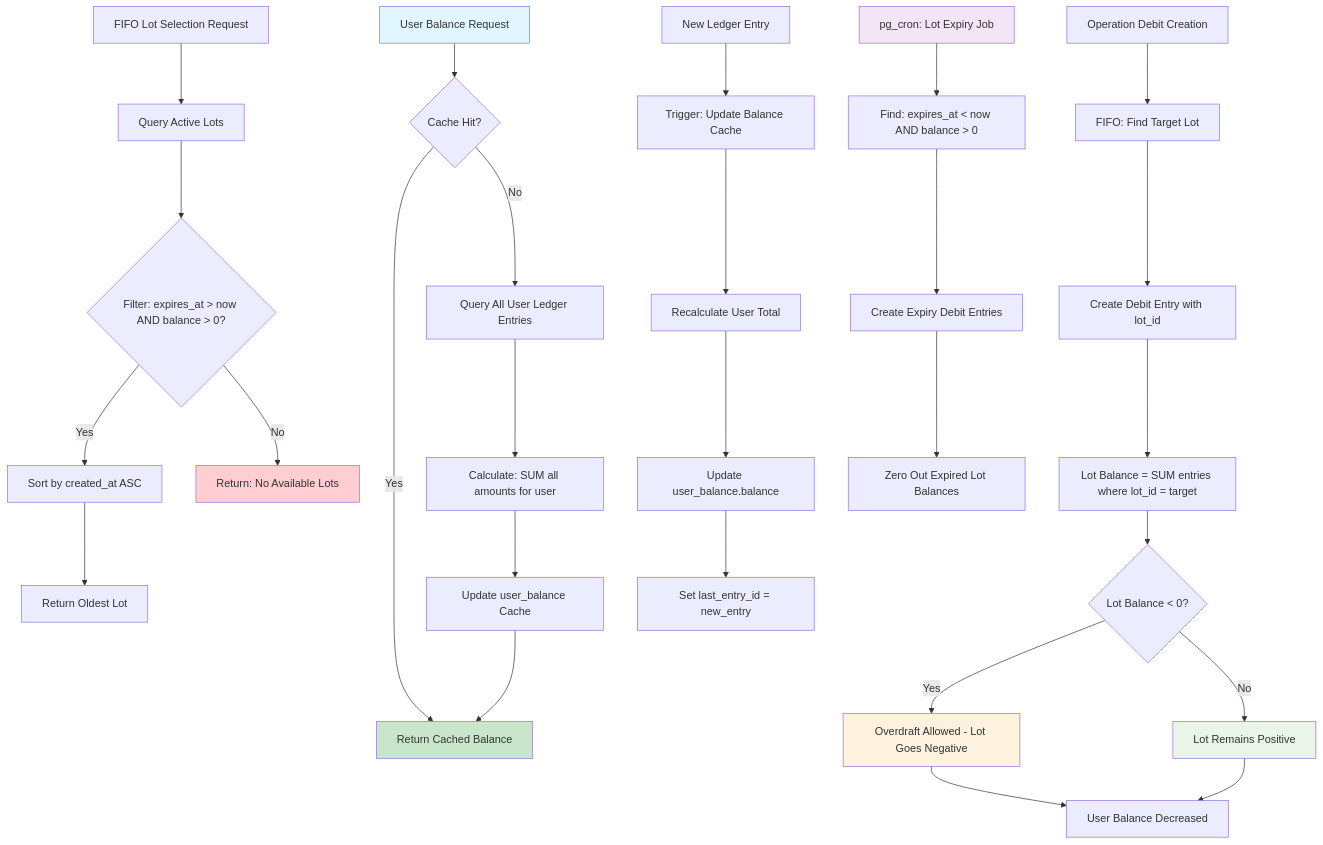
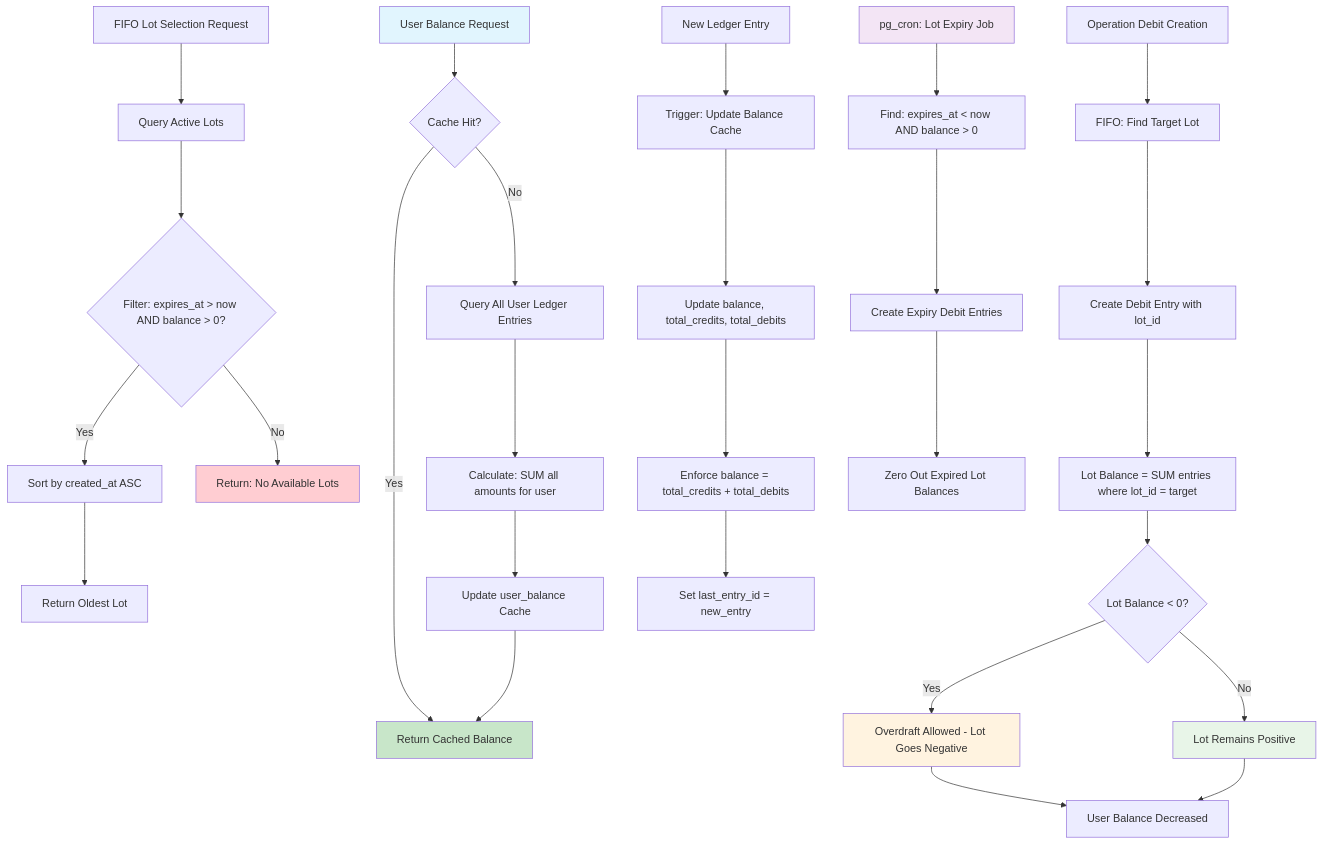
One commit to dimdasci/credit-system changed the second of 2 diagrams in knowledge/tech-solution/03_database_schema_migrations.md. Above: the diagram before and after it, drawn with Mermaid. The commit also changed other lines of this file and 7 other files, not shown here.

````diff
--- a/knowledge/tech-solution/03_database_schema_migrations.md
+++ b/knowledge/tech-solution/03_database_schema_migrations.md
@@ -825,45 +861,45 @@
 ```mermaid
 flowchart TD
     A[User Balance Request] --> B{Cache Hit?}
     B -->|Yes| C[Return Cached Balance]
     B -->|No| D[Query All User Ledger Entries]
     
     D --> E[Calculate: SUM all amounts for user]
     E --> F[Update user_balance Cache]
     F --> C
     
     G[FIFO Lot Selection Request] --> H[Query Active Lots]
     H --> I{Filter: expires_at > now AND balance > 0?}
     I -->|Yes| J[Sort by created_at ASC]
     I -->|No| K[Return: No Available Lots]
     
     J --> L[Return Oldest Lot]
     
     M[New Ledger Entry] --> N[Trigger: Update Balance Cache]
-    N --> O[Recalculate User Total]
-    O --> P[Update user_balance.balance]
+    N --> O[Update balance, total_credits, total_debits]
+    O --> P[Enforce balance = total_credits + total_debits]
     P --> Q[Set last_entry_id = new_entry]
     
     R[Operation Debit Creation] --> S[FIFO: Find Target Lot]
     S --> T[Create Debit Entry with lot_id]
     T --> U[Lot Balance = SUM entries where lot_id = target]
     U --> V{Lot Balance < 0?}
     V -->|Yes| W[Overdraft Allowed - Lot Goes Negative]
     V -->|No| X[Lot Remains Positive]
     
     W --> Y[User Balance Decreased]
     X --> Y
     
     %% Background Jobs
     Z[pg_cron: Lot Expiry Job] --> AA[Find: expires_at < now AND balance > 0]
     AA --> BB[Create Expiry Debit Entries]
     BB --> CC[Zero Out Expired Lot Balances]
     
     %% Styling
     style A fill:#e1f5fe
     style C fill:#c8e6c9
     style K fill:#ffcdd2
     style W fill:#fff3e0
     style X fill:#e8f5e8
     style Z fill:#f3e5f5
 ```
````
